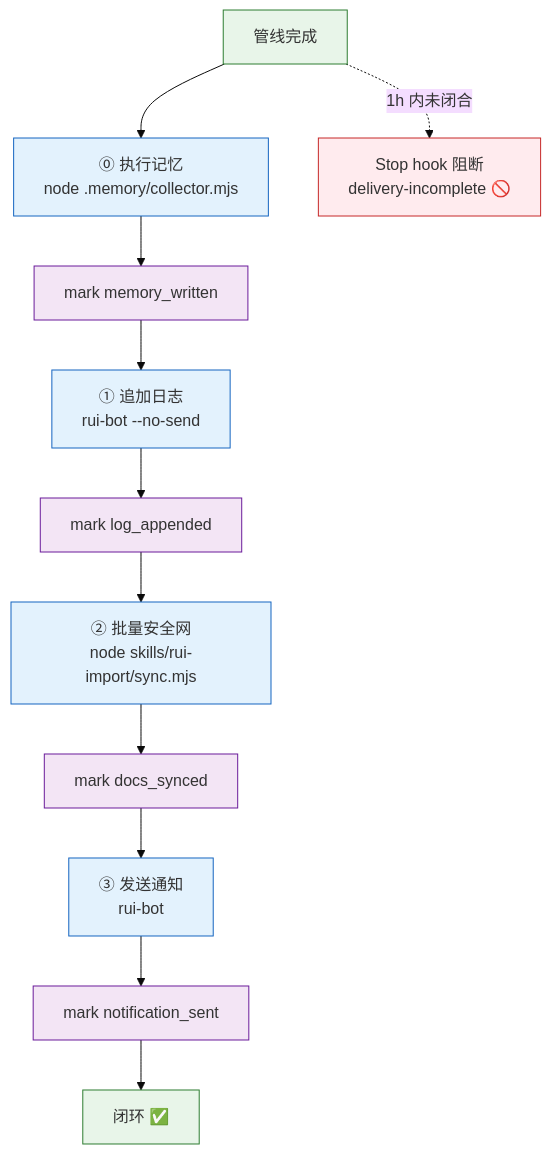
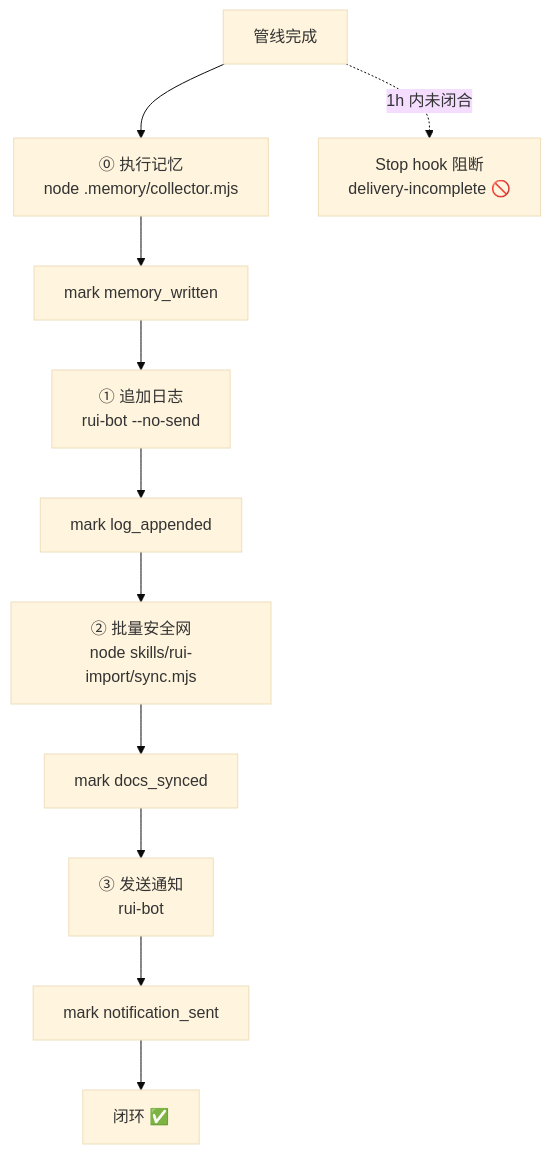
Before and after one commit to effiy/YrY: the first of 10 diagrams in rules/delivery-gate.md, drawn with Mermaid (base theme). The commit also changed other lines of this file and 61 other files, not shown here.

````diff
--- a/rules/delivery-gate.md
+++ b/rules/delivery-gate.md
@@ -31,20 +31,15 @@
 ```mermaid
 flowchart TB
     DONE["管线完成"]:::src --> S0["⓪ 执行记忆<br/>node .memory/collector.mjs"]:::step
     S0 --> M0["mark memory_written"]:::mark
     M0 --> S1["① 追加日志<br/>rui-bot --no-send"]:::step
     S1 --> M1["mark log_appended"]:::mark
     M1 --> S2["② 批量安全网<br/>node skills/rui-import/sync.mjs"]:::step
     S2 --> M2["mark docs_synced"]:::mark
     M2 --> S3["③ 发送通知<br/>rui-bot"]:::step
     S3 --> M3["mark notification_sent"]:::mark
     M3 --> CLOSED["闭环 ✅"]:::done
 
     DONE -.->|"1h 内未闭合"| STOP["Stop hook 阻断<br/>delivery-incomplete 🚫"]:::block
 
-    classDef src fill:#e8f5e9,stroke:#2e7d32;
-    classDef step fill:#e3f2fd,stroke:#1565c0;
-    classDef mark fill:#f3e5f5,stroke:#6a1b9a;
-    classDef done fill:#e8f5e9,stroke:#2e7d32;
-    classDef block fill:#ffebee,stroke:#c62828;
 ```
````
